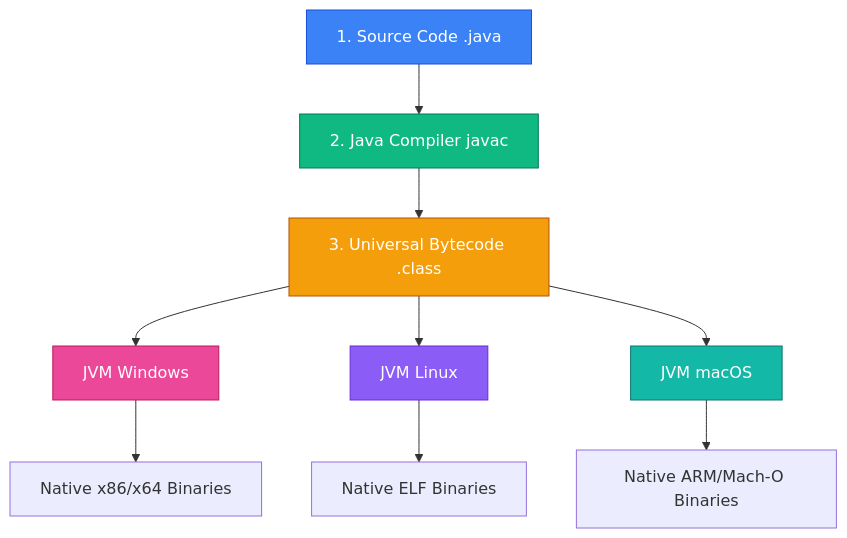
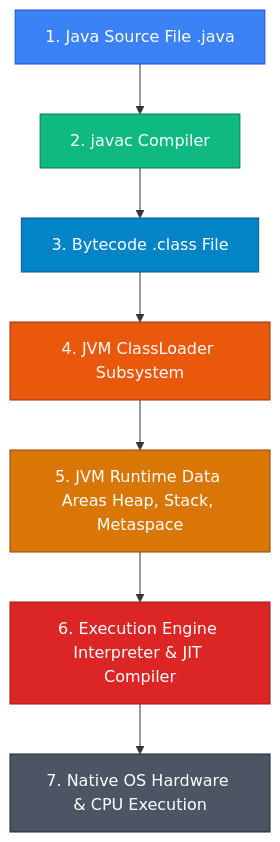
One commit to kamranxdev/kdev-notes changed the diagram in content/docs/programming/java/index.mdx. Above: the diagram before and after it, drawn with Mermaid. The commit also changed other lines of this file and 83 other files, not shown here.

````diff
--- a/content/docs/programming/java/index.mdx
+++ b/content/docs/programming/java/index.mdx
@@ -8,20 +14,17 @@
 ```mermaid
 graph TD
-    java_src[1. Source Code .java] --> javac[2. Java Compiler javac]
-    javac --> bytecode[3. Universal Bytecode .class]
+    Source[1. Java Source File .java] --> Compiler[2. javac Compiler]
+    Compiler --> Bytecode[3. Bytecode .class File]
+    Bytecode --> ClassLoader[4. JVM ClassLoader Subsystem]
+    ClassLoader --> Memory[5. JVM Runtime Data Areas Heap, Stack, Metaspace]
+    Memory --> ExecutionEngine[6. Execution Engine Interpreter & JIT Compiler]
+    ExecutionEngine --> NativeOS[7. Native OS Hardware & CPU Execution]
     
-    bytecode --> jvm_win[JVM Windows]
-    bytecode --> jvm_linux[JVM Linux]
-    bytecode --> jvm_mac[JVM macOS]
-    
-    jvm_win --> win_bin[Native x86/x64 Binaries]
-    jvm_linux --> linux_bin[Native ELF Binaries]
-    jvm_mac --> mac_bin[Native ARM/Mach-O Binaries]
-
-    style java_src fill:#3b82f6,color:#fff,stroke:#1d4ed8
-    style javac fill:#10b981,color:#fff,stroke:#047857
-    style bytecode fill:#f59e0b,color:#fff,stroke:#b45309
-    style jvm_win fill:#ec4899,color:#fff,stroke:#be185d
-    style jvm_linux fill:#8b5cf6,color:#fff,stroke:#6d28d9
-    style jvm_mac fill:#14b8a6,color:#fff,stroke:#0f766e
+    style Source fill:#3b82f6,color:#fff,stroke:#1d4ed8
+    style Compiler fill:#10b981,color:#fff,stroke:#047857
+    style Bytecode fill:#0284c7,color:#fff,stroke:#075985
+    style ClassLoader fill:#ea580c,color:#fff,stroke:#9a3412
+    style Memory fill:#d97706,color:#fff,stroke:#92400e
+    style ExecutionEngine fill:#dc2626,color:#fff,stroke:#991b1b
+    style NativeOS fill:#4b5563,color:#fff,stroke:#1f2937
 ```
````
